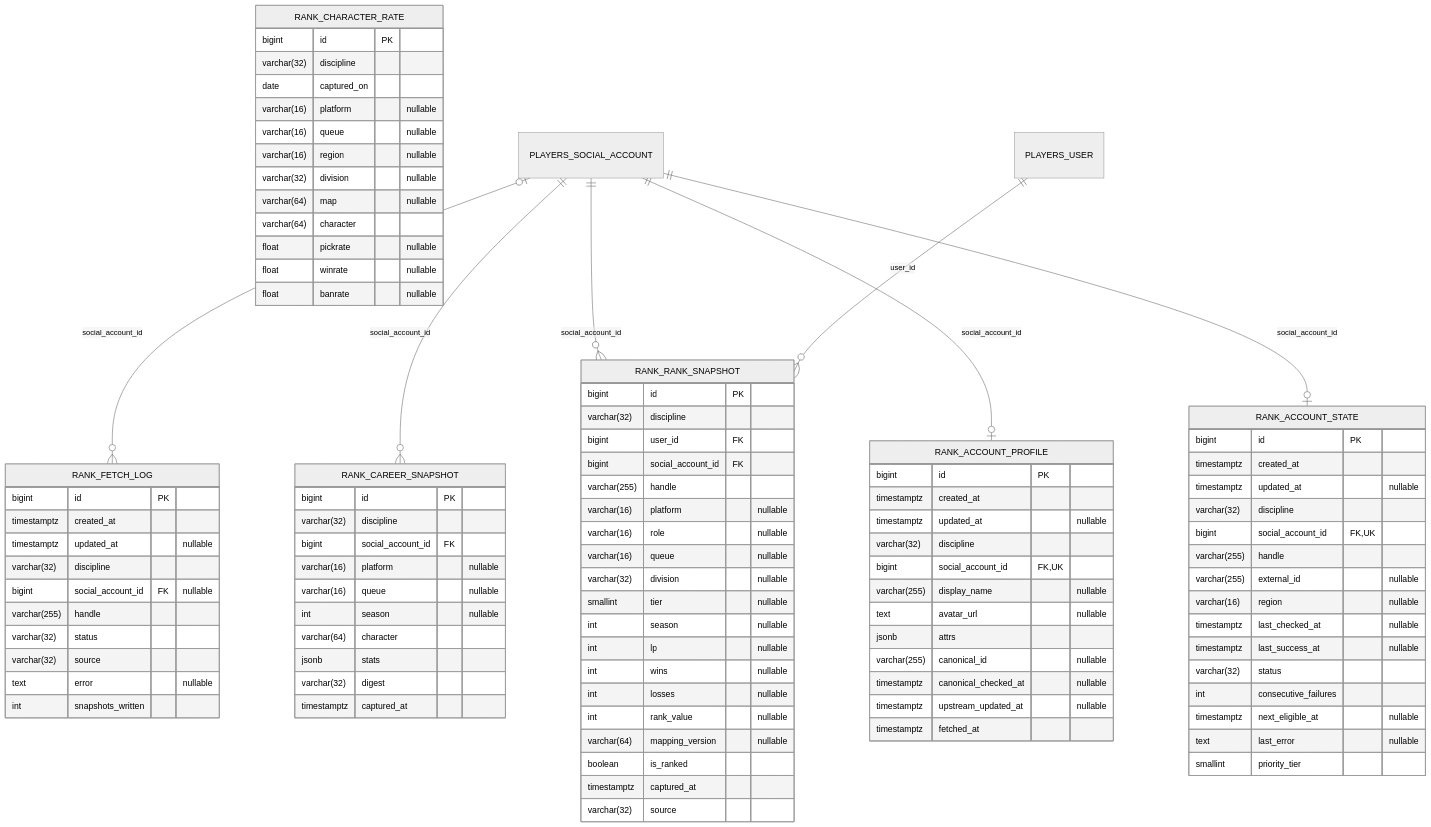
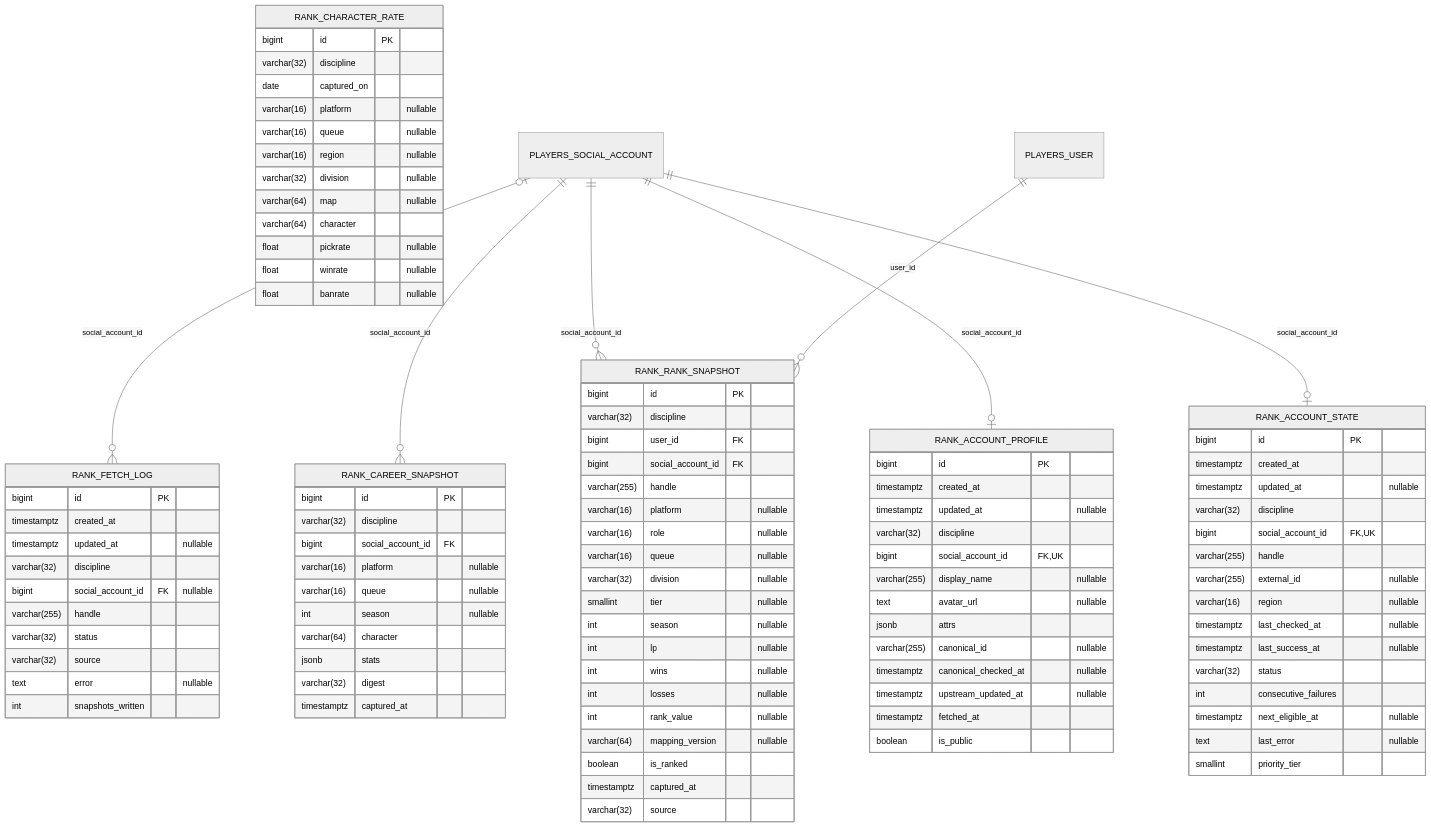
The eighth of 22 diagrams in docs/database_erd.md (CraazzzyyFoxx/overwatch-tournaments), drawn with Mermaid (neutral theme) before and after one commit. The commit also changed other lines of this file and 22 other files, not shown here.

```diff
--- a/docs/database_erd.md
+++ b/docs/database_erd.md
@@ -950,6 +950,7 @@
         timestamptz canonical_checked_at "nullable"
         timestamptz upstream_updated_at "nullable"
         timestamptz fetched_at
+        boolean is_public
     }
     RANK_ACCOUNT_STATE {
         bigint id PK
```
